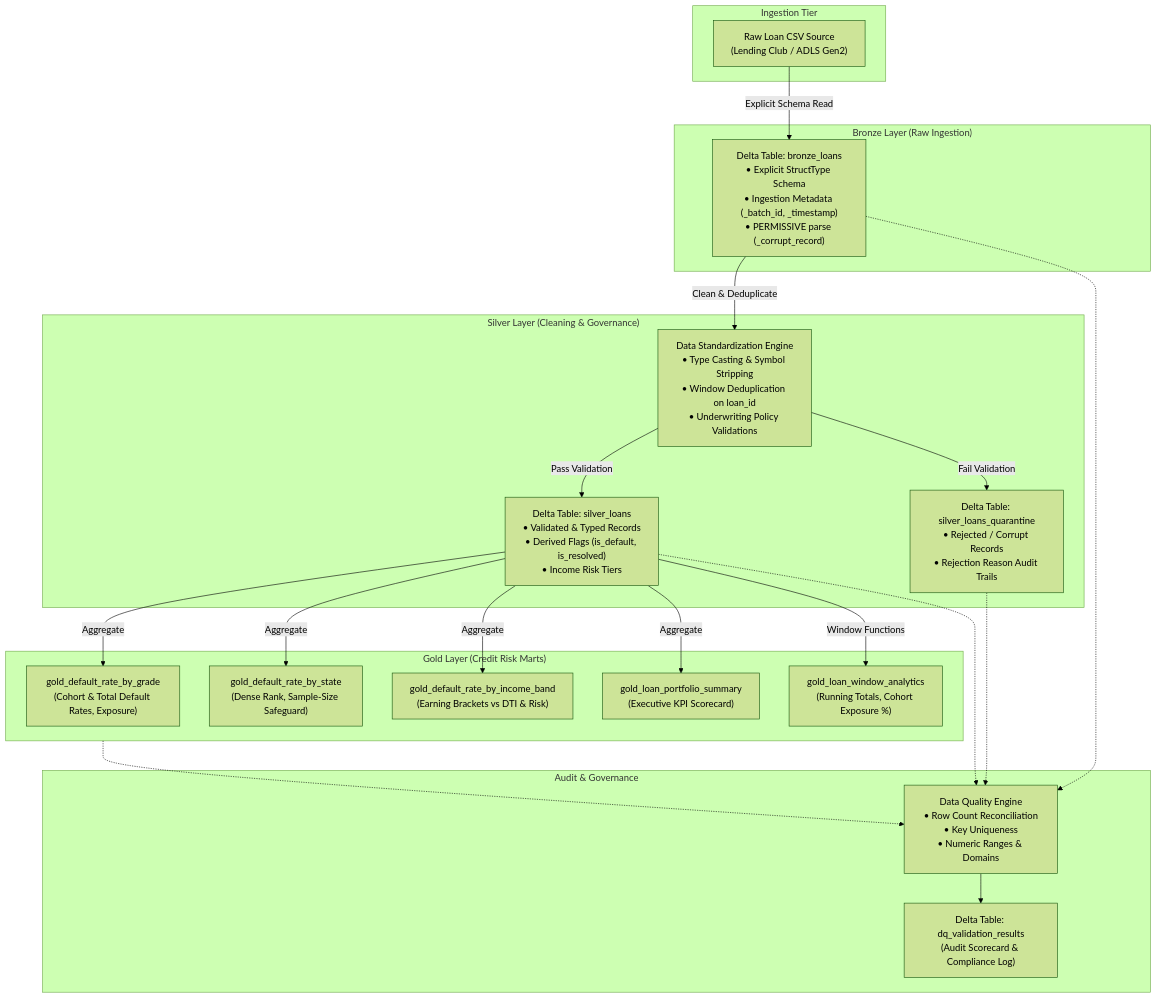
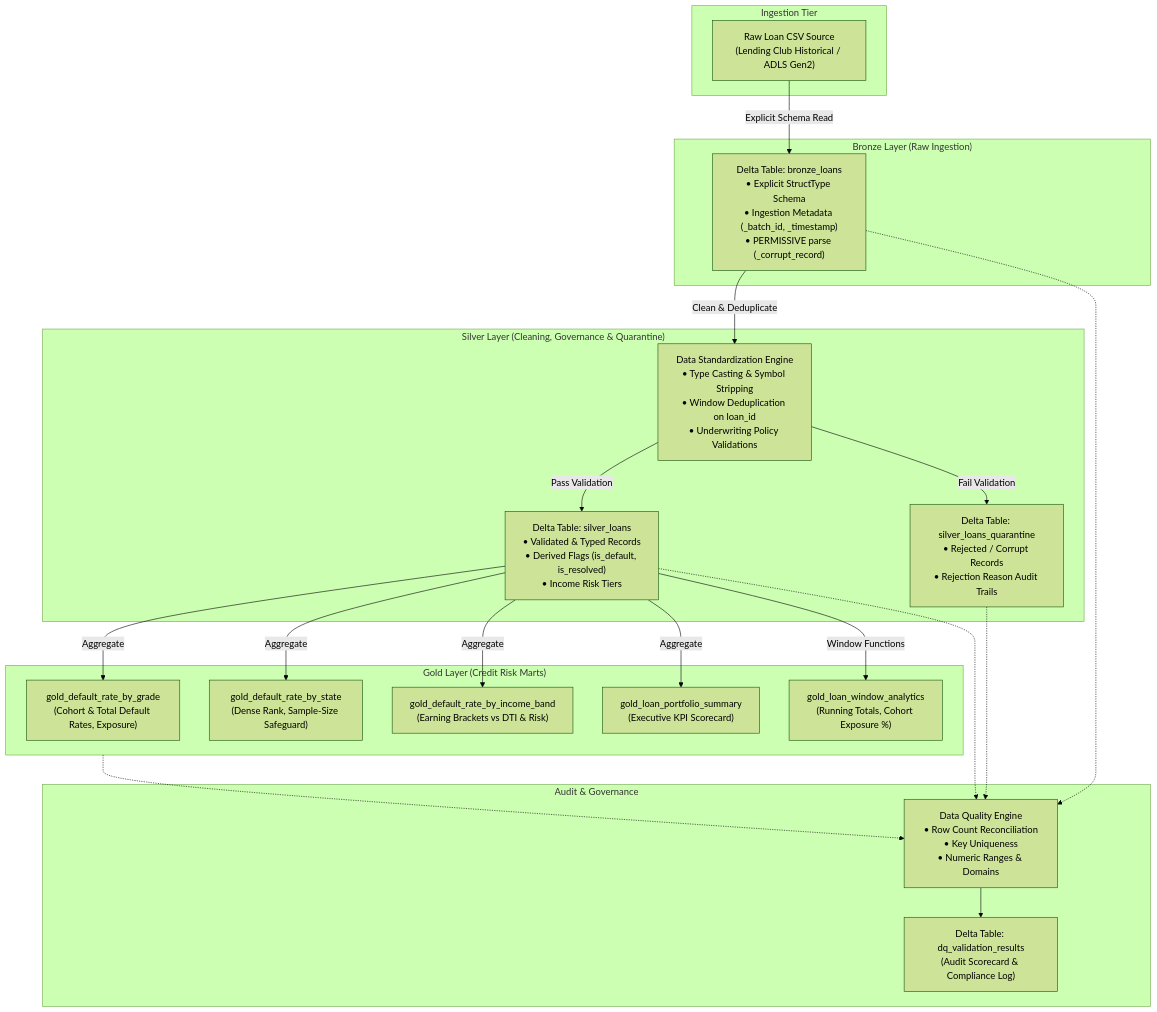
One commit to ramsedhiraj/Credit-Risk-Data-Lakehouse changed the diagram in docs/architecture.md. Above: the diagram before and after it, drawn with Mermaid (forest theme). The commit also changed other lines of this file and 8 other files, not shown here.

````diff
--- a/docs/architecture.md
+++ b/docs/architecture.md
@@ -15,44 +15,44 @@
 ```mermaid
 flowchart TD
     subgraph Ingestion ["Ingestion Tier"]
-        CSV["Raw Loan CSV Source<br/>(Lending Club / ADLS Gen2)"]
+        CSV["Raw Loan CSV Source<br/>(Lending Club Historical / ADLS Gen2)"]
     end
 
     subgraph BronzeLayer ["Bronze Layer (Raw Ingestion)"]
         Bronze["Delta Table: bronze_loans<br/>• Explicit StructType Schema<br/>• Ingestion Metadata (_batch_id, _timestamp)<br/>• PERMISSIVE parse (_corrupt_record)"]
     end
 
-    subgraph SilverLayer ["Silver Layer (Cleaning & Governance)"]
+    subgraph SilverLayer ["Silver Layer (Cleaning, Governance & Quarantine)"]
         Clean["Data Standardization Engine<br/>• Type Casting & Symbol Stripping<br/>• Window Deduplication on loan_id<br/>• Underwriting Policy Validations"]
         SilverAcc["Delta Table: silver_loans<br/>• Validated & Typed Records<br/>• Derived Flags (is_default, is_resolved)<br/>• Income Risk Tiers"]
         SilverQuar["Delta Table: silver_loans_quarantine<br/>• Rejected / Corrupt Records<br/>• Rejection Reason Audit Trails"]
     end
 
     subgraph GoldLayer ["Gold Layer (Credit Risk Marts)"]
         Mart1["gold_default_rate_by_grade<br/>(Cohort & Total Default Rates, Exposure)"]
         Mart2["gold_default_rate_by_state<br/>(Dense Rank, Sample-Size Safeguard)"]
         Mart3["gold_default_rate_by_income_band<br/>(Earning Brackets vs DTI & Risk)"]
         Mart4["gold_loan_portfolio_summary<br/>(Executive KPI Scorecard)"]
         Mart5["gold_loan_window_analytics<br/>(Running Totals, Cohort Exposure %)"]
     end
 
     subgraph AuditLayer ["Audit & Governance"]
         DQEngine["Data Quality Engine<br/>• Row Count Reconciliation<br/>• Key Uniqueness<br/>• Numeric Ranges & Domains"]
         DQTable["Delta Table: dq_validation_results<br/>(Audit Scorecard & Compliance Log)"]
     end
 
     CSV -->|Explicit Schema Read| Bronze
     Bronze -->|Clean & Deduplicate| Clean
     Clean -->|Pass Validation| SilverAcc
     Clean -->|Fail Validation| SilverQuar
     SilverAcc -->|Aggregate| Mart1
     SilverAcc -->|Aggregate| Mart2
     SilverAcc -->|Aggregate| Mart3
     SilverAcc -->|Aggregate| Mart4
     SilverAcc -->|Window Functions| Mart5
     Bronze -.-> DQEngine
     SilverAcc -.-> DQEngine
     SilverQuar -.-> DQEngine
     GoldLayer -.-> DQEngine
     DQEngine --> DQTable
 ```
````
